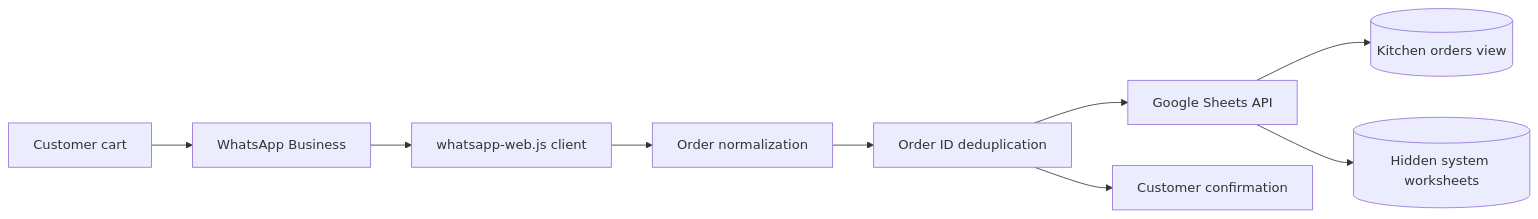
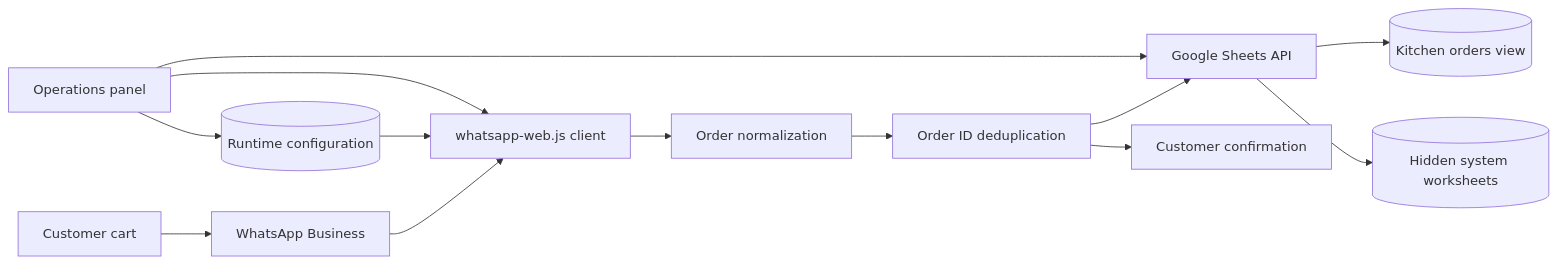
One commit to Jehosua97/whatsapp-orders-google-sheets changed the diagram in README.md. Above: the diagram before and after it, drawn with Mermaid. The commit also changed other lines of this file and 15 other files, not shown here.

Commit message:
feat: add catalog and scheduling operations panel

````diff
--- a/README.md
+++ b/README.md
@@ -18,11 +18,15 @@
 ```mermaid
 flowchart LR
     Customer[Customer cart] --> WA[WhatsApp Business]
     WA --> Client[whatsapp-web.js client]
     Client --> Normalize[Order normalization]
     Normalize --> Dedup[Order ID deduplication]
     Dedup --> Sheets[Google Sheets API]
     Sheets --> Kitchen[(Kitchen orders view)]
     Sheets --> Internal[(Hidden system worksheets)]
     Dedup --> Reply[Customer confirmation]
+    Admin[Operations panel] --> Config[(Runtime configuration)]
+    Config --> Client
+    Admin --> Sheets
+    Admin --> Client
 ```
````
